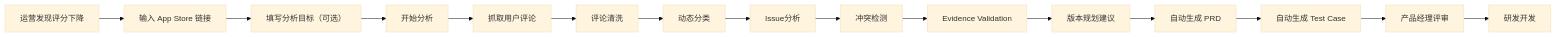
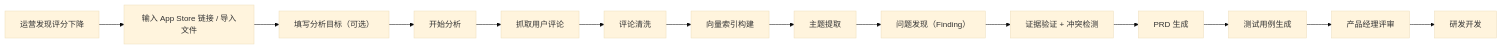
One commit to yanlinchen666/AppStore_The-entire-product-process changed the second of 8 diagrams in AppStore_vc/Project Documents/产品文档.md. Above: the diagram before and after it, drawn with Mermaid (base theme). The commit also changed other lines of this file and 49 other files, not shown here.

````diff
--- a/AppStore_vc/Project Documents/产品文档.md
+++ b/AppStore_vc/Project Documents/产品文档.md
@@ -285,17 +304,16 @@
 ```mermaid
 flowchart LR
-    A["运营发现评分下降"] --> B["输入 App Store 链接"]
+    A["运营发现评分下降"] --> B["输入 App Store 链接 / 导入文件"]
     B --> C["填写分析目标（可选）"]
     C --> D["开始分析"]
     D --> E["抓取用户评论"]
     E --> F["评论清洗"]
-    F --> G["动态分类"]
-    G --> H["Issue分析"]
-    H --> I["冲突检测"]
-    I --> J["Evidence Validation"]
-    J --> K["版本规划建议"]
-    K --> L["自动生成 PRD"]
-    L --> M["自动生成 Test Case"]
-    M --> N["产品经理评审"]
-    N --> O["研发开发"]
+    F --> G["向量索引构建"]
+    G --> H["主题提取"]
+    H --> I["问题发现（Finding）"]
+    I --> J["证据验证 + 冲突检测"]
+    J --> K["PRD 生成"]
+    K --> L["测试用例生成"]
+    L --> M["产品经理评审"]
+    M --> N["研发开发"]
 ```
````
